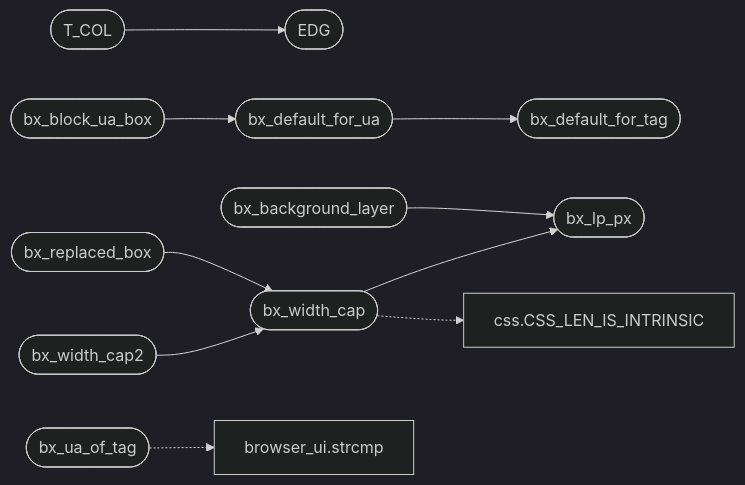
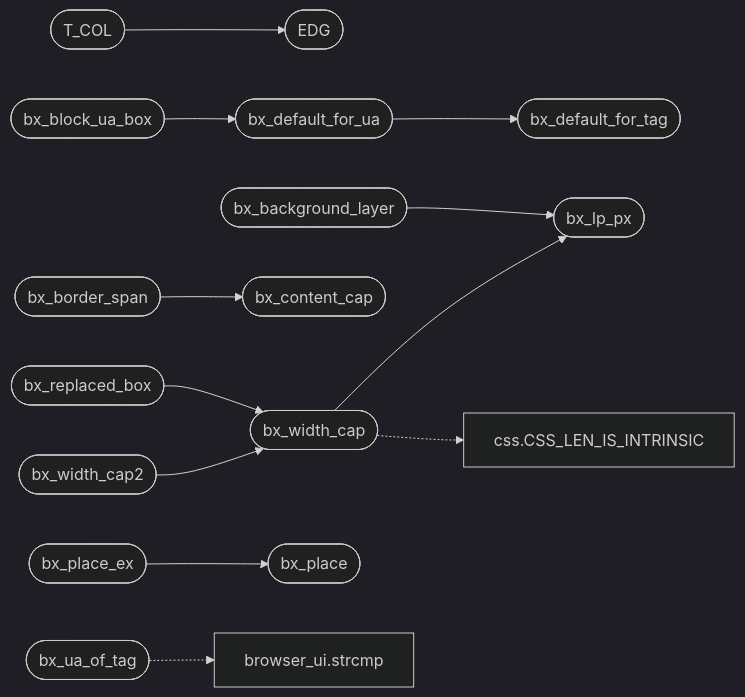
The second of 2 diagrams in readmenator-apidocs/modules/src.box_style.c.md (grisuno/FreeDom), drawn with Mermaid (dark theme) before and after one commit. The commit also changed other lines of this file and 323 other files, not shown here.

````diff
--- a/readmenator-apidocs/modules/src.box_style.c.md
+++ b/readmenator-apidocs/modules/src.box_style.c.md
@@ -26,25 +26,31 @@
 ```mermaid
 flowchart LR
     n_src_box_style_c__T_COL(["T_COL"])
     n_src_box_style_c__EDG(["EDG"])
     n_src_box_style_c__bx_default_for_ua(["bx_default_for_ua"])
     n_src_box_style_c__bx_default_for_tag(["bx_default_for_tag"])
     n_src_box_style_c__bx_block_ua_box(["bx_block_ua_box"])
     n_src_box_style_c__bx_width_cap(["bx_width_cap"])
     n_src_box_style_c__bx_lp_px(["bx_lp_px"])
     n_src_box_style_c__bx_width_cap2(["bx_width_cap2"])
     n_src_box_style_c__bx_replaced_box(["bx_replaced_box"])
+    n_src_box_style_c__bx_border_span(["bx_border_span"])
+    n_src_box_style_c__bx_content_cap(["bx_content_cap"])
     n_src_box_style_c__bx_background_layer(["bx_background_layer"])
+    n_src_box_style_c__bx_place_ex(["bx_place_ex"])
+    n_src_box_style_c__bx_place(["bx_place"])
     n_src_box_style_c__bx_ua_of_tag(["bx_ua_of_tag"])
     n_gui_browser_ui_c__strcmp["browser_ui.strcmp"]
     n_include_css_h__CSS_LEN_IS_INTRINSIC["css.CSS_LEN_IS_INTRINSIC"]
     n_src_box_style_c__T_COL --> n_src_box_style_c__EDG
     n_src_box_style_c__bx_default_for_ua --> n_src_box_style_c__bx_default_for_tag
     n_src_box_style_c__bx_block_ua_box --> n_src_box_style_c__bx_default_for_ua
     n_src_box_style_c__bx_width_cap --> n_src_box_style_c__bx_lp_px
     n_src_box_style_c__bx_width_cap2 --> n_src_box_style_c__bx_width_cap
     n_src_box_style_c__bx_replaced_box --> n_src_box_style_c__bx_width_cap
+    n_src_box_style_c__bx_border_span --> n_src_box_style_c__bx_content_cap
     n_src_box_style_c__bx_background_layer --> n_src_box_style_c__bx_lp_px
+    n_src_box_style_c__bx_place_ex --> n_src_box_style_c__bx_place
     n_src_box_style_c__bx_ua_of_tag -.-> n_gui_browser_ui_c__strcmp
     n_src_box_style_c__bx_width_cap -.-> n_include_css_h__CSS_LEN_IS_INTRINSIC
 ```
````
